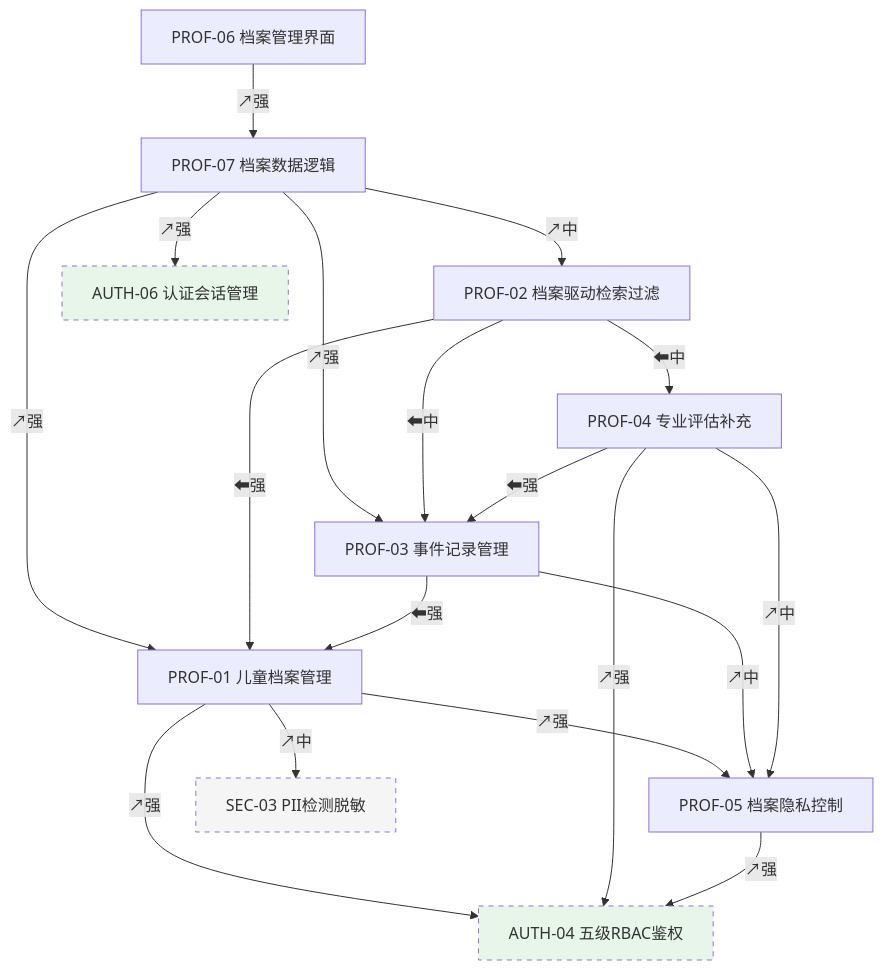
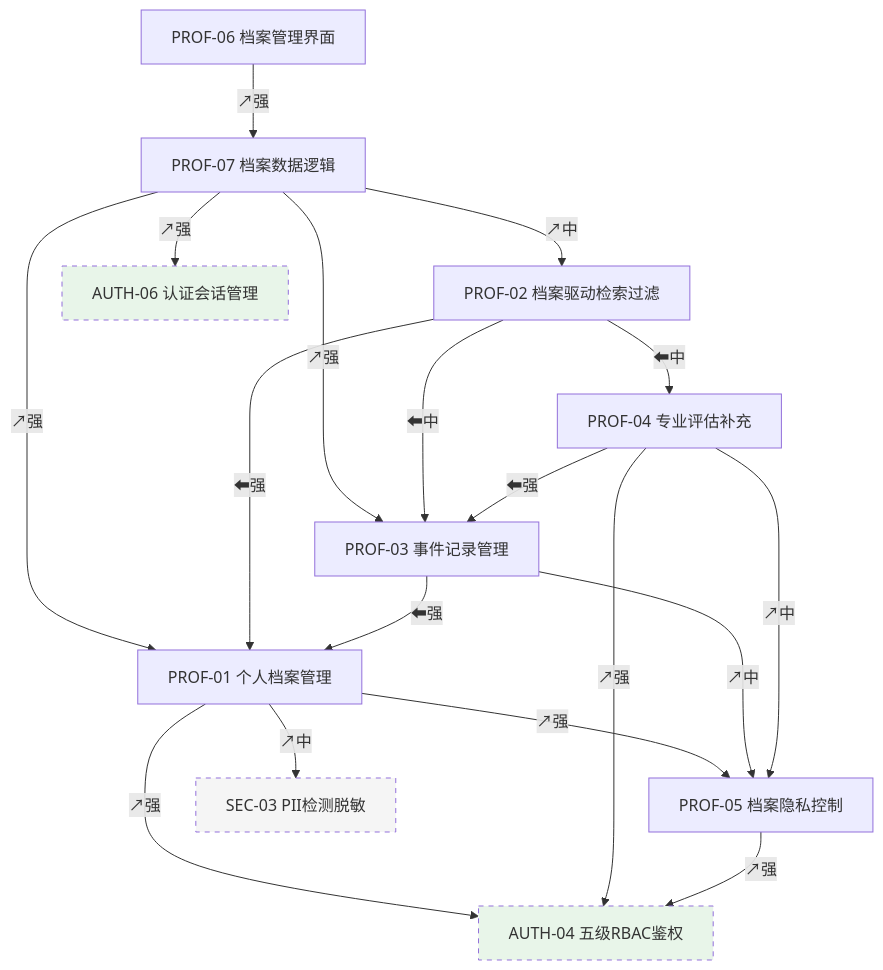
Before and after one commit to FengZhiHen1/Campfire-AI: the third of 7 diagrams in docs/功能设计/模块依赖关系分析.md, drawn with Mermaid. The commit also changed other lines of this file and 15 other files, not shown here.

````diff
--- a/docs/功能设计/模块依赖关系分析.md
+++ b/docs/功能设计/模块依赖关系分析.md
@@ -343,35 +343,35 @@
 ```mermaid
 graph TD
     PROF06[PROF-06 档案管理界面]
     PROF07[PROF-07 档案数据逻辑]
-    PROF01[PROF-01 儿童档案管理]
+    PROF01[PROF-01 个人档案管理]
     PROF02[PROF-02 档案驱动检索过滤]
     PROF03[PROF-03 事件记录管理]
     PROF04[PROF-04 专业评估补充]
     PROF05[PROF-05 档案隐私控制]
     AUTH04[AUTH-04 五级RBAC鉴权]
     AUTH06[AUTH-06 认证会话管理]
     SEC03[SEC-03 PII检测脱敏]
 
     PROF06 --↗强--> PROF07
     PROF07 --↗强--> PROF01
     PROF07 --↗中--> PROF02
     PROF07 --↗强--> PROF03
     PROF07 --↗强--> AUTH06
     PROF01 --↗强--> PROF05
     PROF01 --↗强--> AUTH04
     PROF01 --↗中--> SEC03
     PROF02 --⬅强--> PROF01
     PROF02 --⬅中--> PROF03
     PROF02 --⬅中--> PROF04
     PROF03 --⬅强--> PROF01
     PROF03 --↗中--> PROF05
     PROF04 --⬅强--> PROF03
     PROF04 --↗强--> AUTH04
     PROF04 --↗中--> PROF05
     PROF05 --↗强--> AUTH04
 
     style AUTH04 fill:#e8f5e9,stroke-dasharray: 5 5
     style AUTH06 fill:#e8f5e9,stroke-dasharray: 5 5
     style SEC03 fill:#f5f5f5,stroke-dasharray: 5 5
 ```
````
